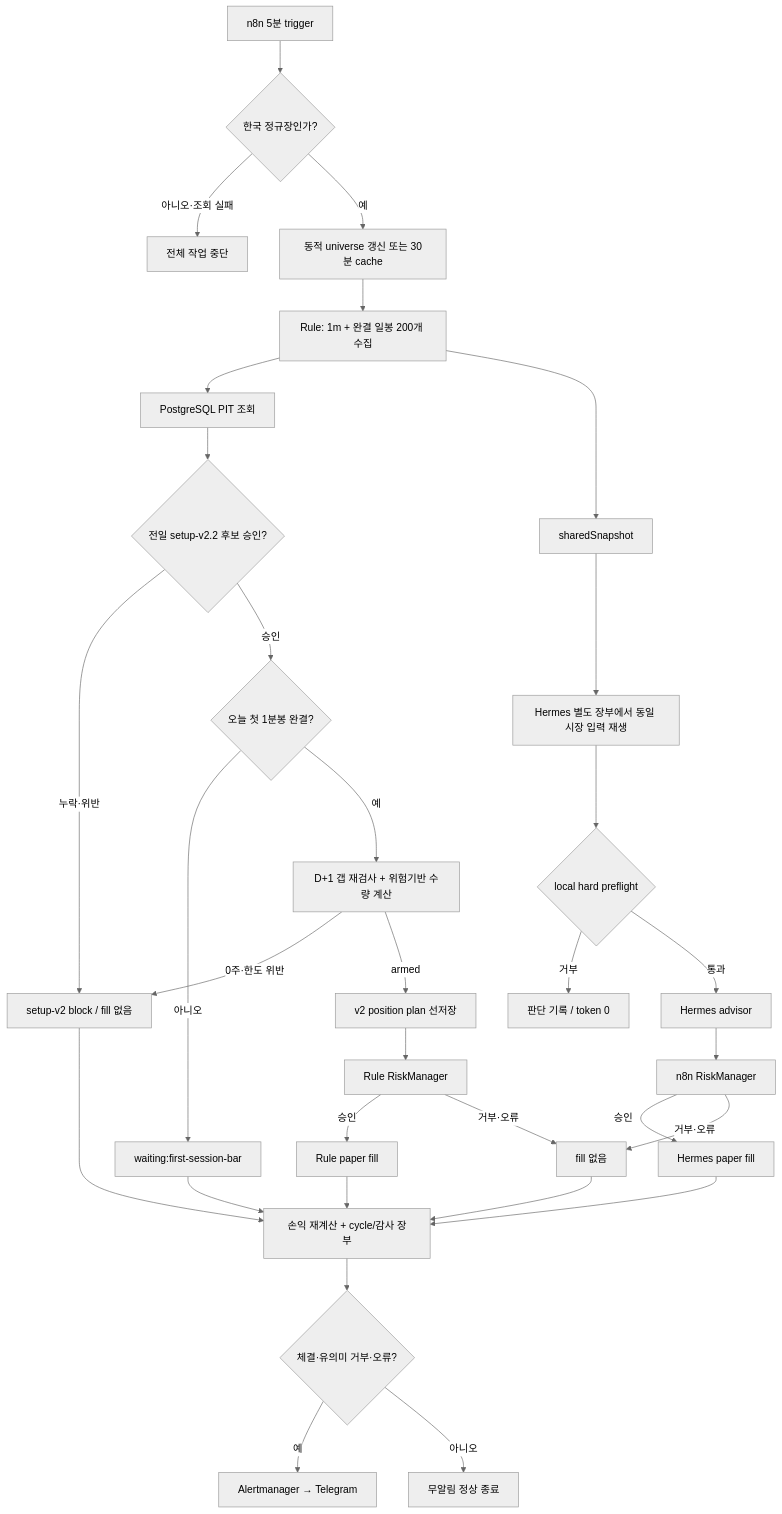
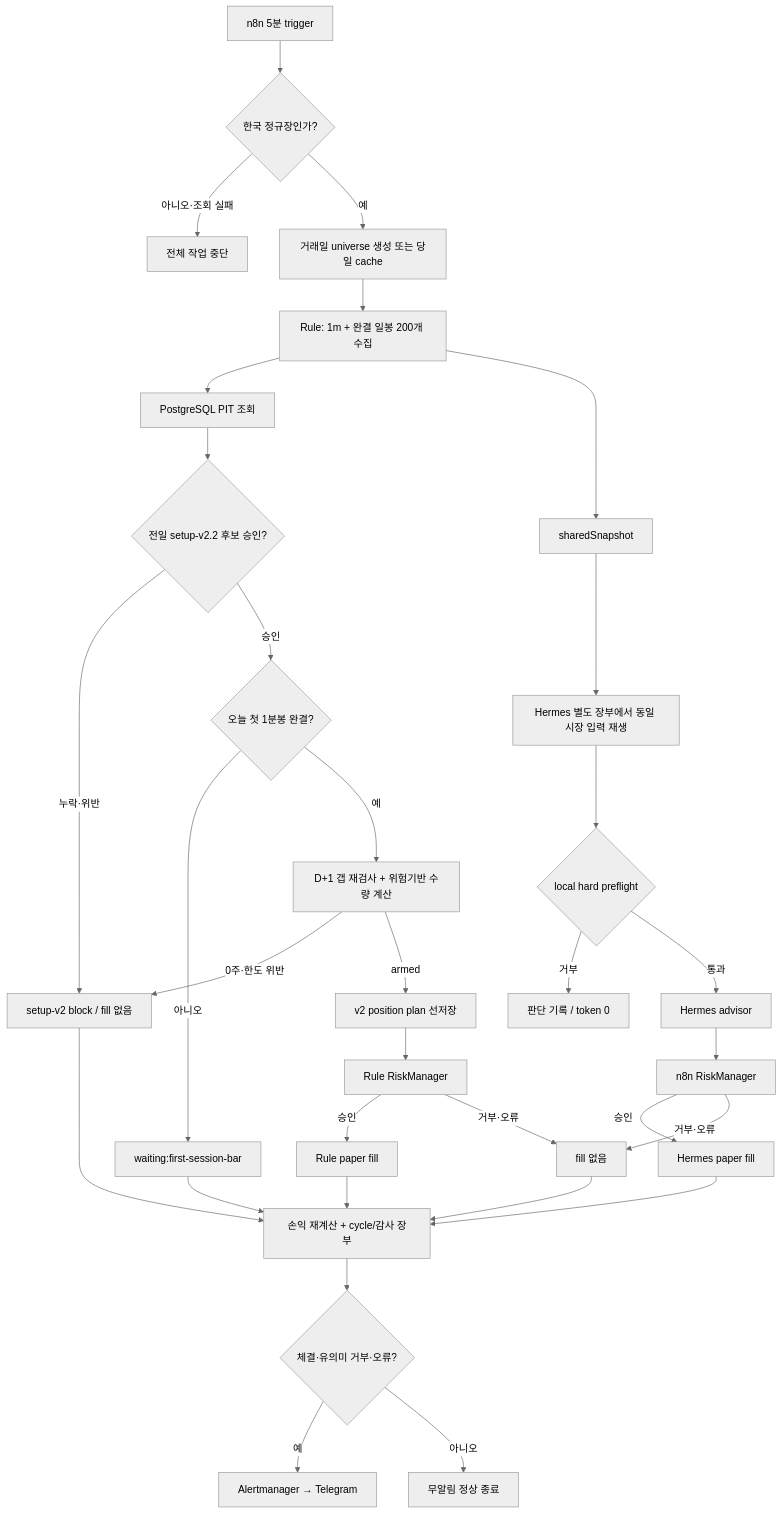
The diagram in docs/paper-cycle-flow.md (hunchulchoi/toss-trader), drawn with Mermaid (neutral theme) before and after one commit. The commit also changed other lines of this file and 16 other files, not shown here.

````diff
--- a/docs/paper-cycle-flow.md
+++ b/docs/paper-cycle-flow.md
@@ -20,34 +20,34 @@
 ```mermaid
 flowchart TD
     N[n8n 5분 trigger] --> CAL{한국 정규장인가?}
     CAL -->|아니오·조회 실패| STOP[전체 작업 중단]
-    CAL -->|예| U[동적 universe 갱신 또는 30분 cache]
+    CAL -->|예| U[거래일 universe 생성 또는 당일 cache]
     U --> S[Rule: 1m + 완결 일봉 200개 수집]
     S --> PIT[PostgreSQL PIT 조회]
     PIT --> C{전일 setup-v2.2 후보 승인?}
     C -->|누락·위반| SKIP[setup-v2 block / fill 없음]
     C -->|승인| BAR{오늘 첫 1분봉 완결?}
     BAR -->|아니오| WAIT[waiting:first-session-bar]
     BAR -->|예| ARM[D+1 갭 재검사 + 위험기반 수량 계산]
     ARM -->|0주·한도 위반| SKIP
     ARM -->|armed| PLAN[v2 position plan 선저장]
     PLAN --> RR[Rule RiskManager]
     RR -->|승인| RF[Rule paper fill]
     RR -->|거부·오류| NF[fill 없음]
     S --> SHARE[sharedSnapshot]
     SHARE --> H[Hermes 별도 장부에서 동일 시장 입력 재생]
     H --> PRE{local hard preflight}
     PRE -->|거부| HD[판단 기록 / token 0]
     PRE -->|통과| ADV[Hermes advisor]
     ADV --> HR[n8n RiskManager]
     HR -->|승인| HF[Hermes paper fill]
     HR -->|거부·오류| NF
     RF --> LEDGER[손익 재계산 + cycle/감사 장부]
     HF --> LEDGER
     SKIP --> LEDGER
     WAIT --> LEDGER
     NF --> LEDGER
     LEDGER --> NOTICE{체결·유의미 거부·오류?}
     NOTICE -->|예| TG[Alertmanager → Telegram]
     NOTICE -->|아니오| QUIET[무알림 정상 종료]
 ```
````
